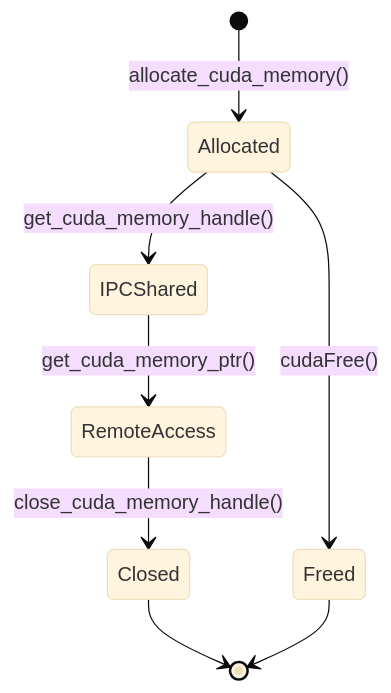
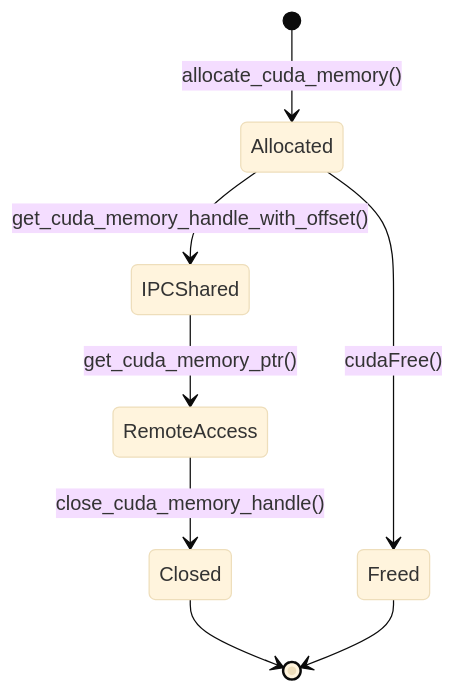
One commit to tensorcast-ai/tensorcast changed the seventh of 11 diagrams in core/checkpoint/docs/architecture.md. Above: the diagram before and after it, drawn with Mermaid (base theme). The commit also changed other lines of this file and 162 other files, not shown here.

````diff
--- a/core/checkpoint/docs/architecture.md
+++ b/core/checkpoint/docs/architecture.md
@@ -167,10 +167,10 @@
 ```mermaid
 stateDiagram-v2
     [*] --> Allocated: allocate_cuda_memory()
-    Allocated --> IPCShared: get_cuda_memory_handle()
+    Allocated --> IPCShared: get_cuda_memory_handle_with_offset()
     IPCShared --> RemoteAccess: get_cuda_memory_ptr()
     RemoteAccess --> Closed: close_cuda_memory_handle()
     Allocated --> Freed: cudaFree()
     Closed --> [*]
     Freed --> [*]
 ```
````
